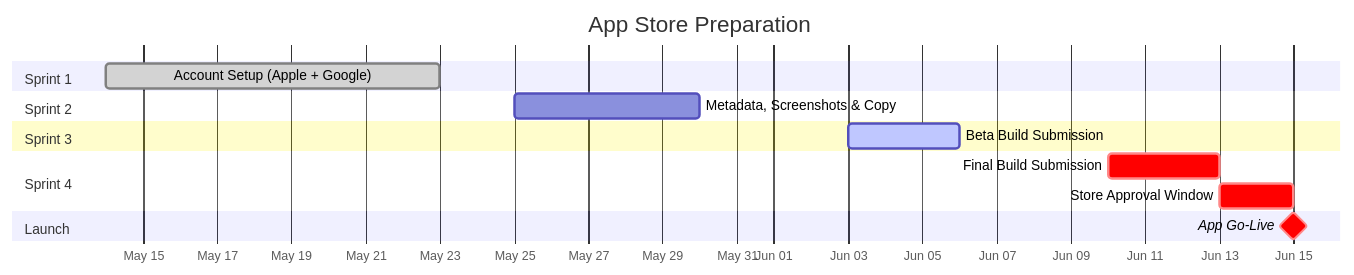
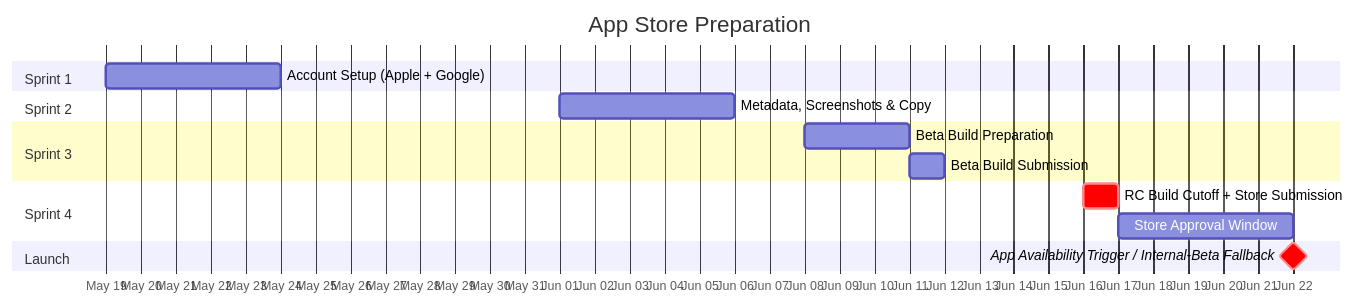
Before and after one commit to joachimtrungtuan/hairline-pm-docs: the third of 8 diagrams in product-plans/2026-05-13/launch-plan.md, drawn with Mermaid. The commit also changed other lines of this file, not shown here.

````diff
--- a/product-plans/2026-05-13/launch-plan.md
+++ b/product-plans/2026-05-13/launch-plan.md
@@ -131,23 +148,24 @@
 ```mermaid
 gantt
     title App Store Preparation
     dateFormat YYYY-MM-DD
     axisFormat %b %d
-    tickInterval 1d
+    tickInterval 1day
 
     section Sprint 1
-    Account Setup (Apple + Google)   :done, as1, 2026-05-14, 9d
+    Account Setup (Apple + Google)   :as1, 2026-05-19, 5d
 
     section Sprint 2
-    Metadata, Screenshots & Copy     :as2, 2026-05-25, 5d
+    Metadata, Screenshots & Copy     :as2, 2026-06-01, 5d
 
     section Sprint 3
-    Beta Build Submission            :active, as3, 2026-06-03, 3d
+    Beta Build Preparation           :as3prep, 2026-06-08, 3d
+    Beta Build Submission            :as3, 2026-06-11, 1d
 
     section Sprint 4
-    Final Build Submission           :crit, as4, 2026-06-10, 3d
-    Store Approval Window            :crit, asapproval, 2026-06-13, 2d
+    RC Build Cutoff + Store Submission :crit, as4, 2026-06-16, 1d
+    Store Approval Window            :asapproval, 2026-06-17, 5d
 
     section Launch
-    App Go-Live                      :crit, milestone, 2026-06-15, 0d
+    App Availability Trigger / Internal-Beta Fallback :crit, milestone, 2026-06-22, 0d
 ```
````
